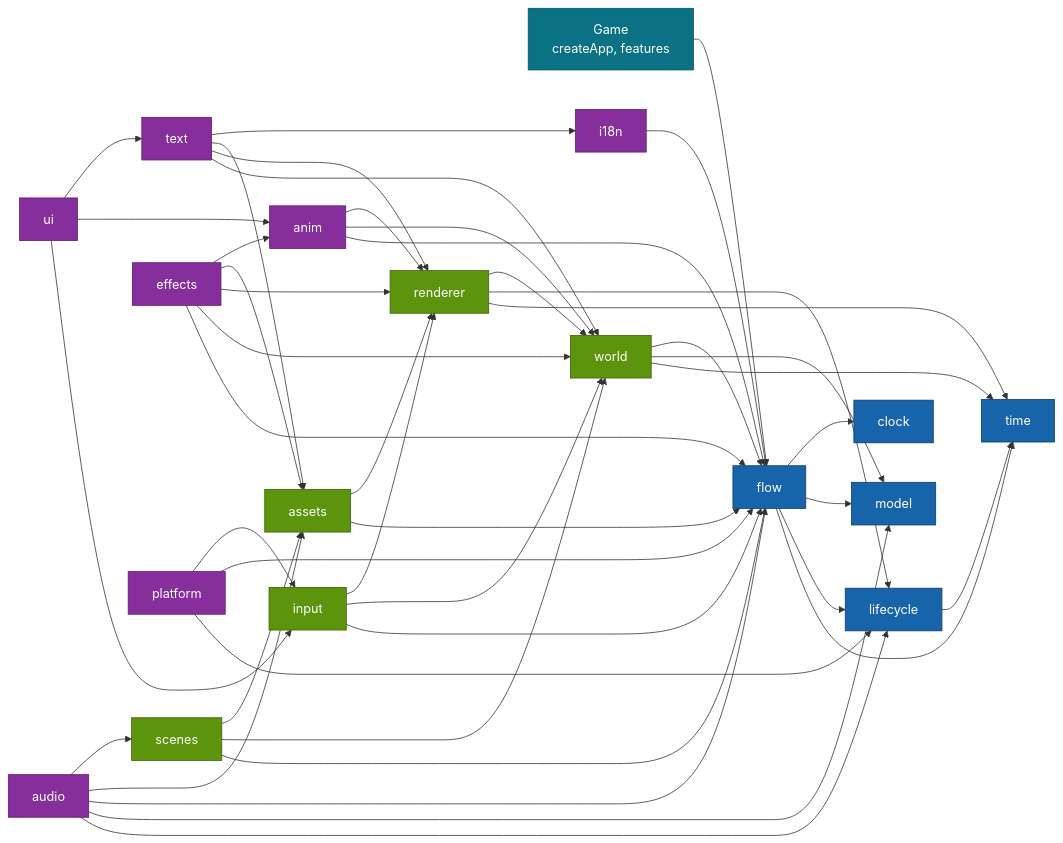
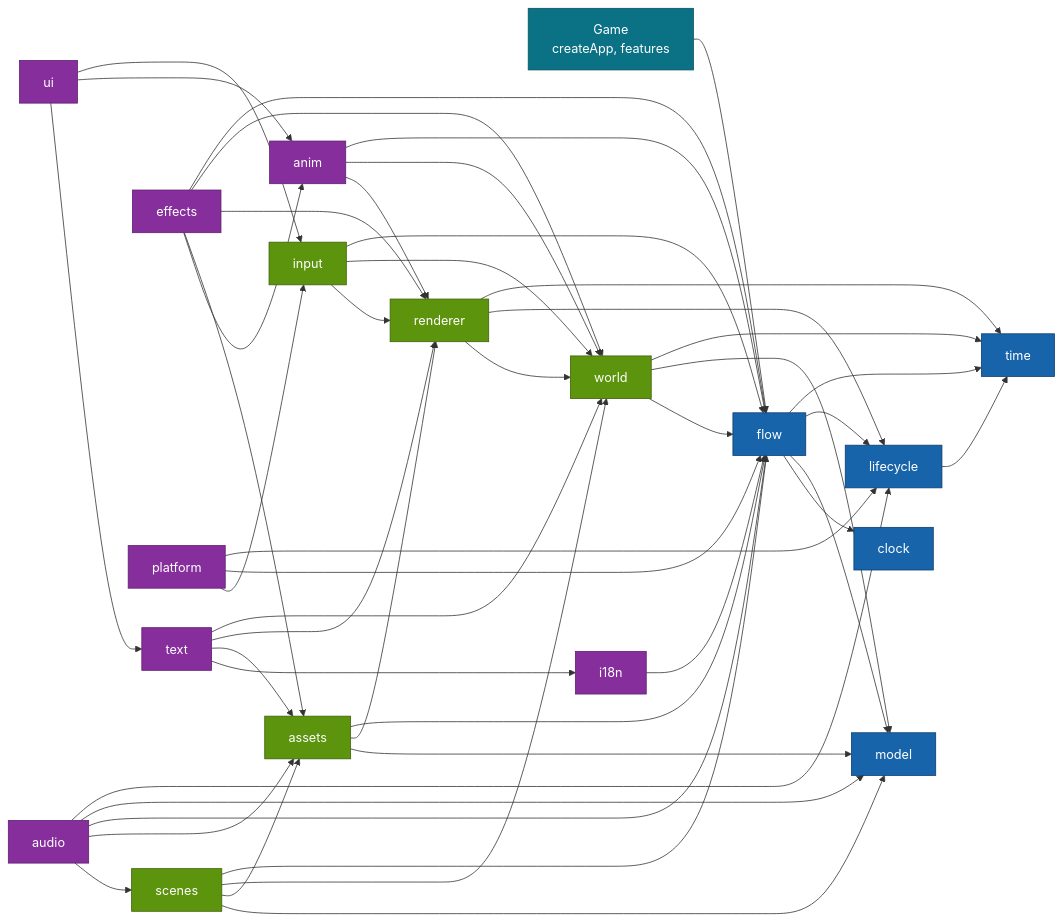
Before and after one commit to moku-labs/game: the diagram in docs/plugins.md, drawn with Mermaid. The commit also changed other lines of this file and 424 other files, not shown here.

````diff
--- a/docs/plugins.md
+++ b/docs/plugins.md
@@ -29,55 +29,57 @@
 ```mermaid
 flowchart LR
   G["Game<br/>createApp, features"] --> F["flow"]
   F --> T["time"]
   F --> L["lifecycle"]
   F --> M["model"]
   F --> C["clock"]
   L --> T
   W["world"] --> T
   W --> M
   W --> F
   R["renderer"] --> T
   R --> L
   R --> W
   I["input"] --> F
   I --> W
   I --> R
   A["assets"] --> F
   A --> R
+  A --> M
   S["scenes"] --> F
   S --> W
   S --> A
+  S --> M
   AN["anim"] --> F
   AN --> W
   AN --> R
   N["i18n"] --> F
   X["text"] --> W
   X --> R
   X --> A
   X --> N
   U["ui"] --> I
   U --> AN
   U --> X
   AU["audio"] --> L
   AU --> M
   AU --> F
   AU --> A
   AU --> S
   EF["effects"] --> F
   EF --> W
   EF --> R
   EF --> A
   EF --> AN
   PL["platform"] --> L
   PL --> F
   PL --> I
   classDef u fill:#0b7285,stroke:#08525f,color:#fff;
   classDef m fill:#1864ab,stroke:#0d3d6e,color:#fff;
   classDef s fill:#5c940d,stroke:#3d6208,color:#fff;
   classDef v fill:#862e9c,stroke:#5f1f70,color:#fff;
   class G u
   class F,T,L,M,C m
   class W,R,I,A,S s
   class AN,N,X,U,AU,EF,PL v
 ```
````
